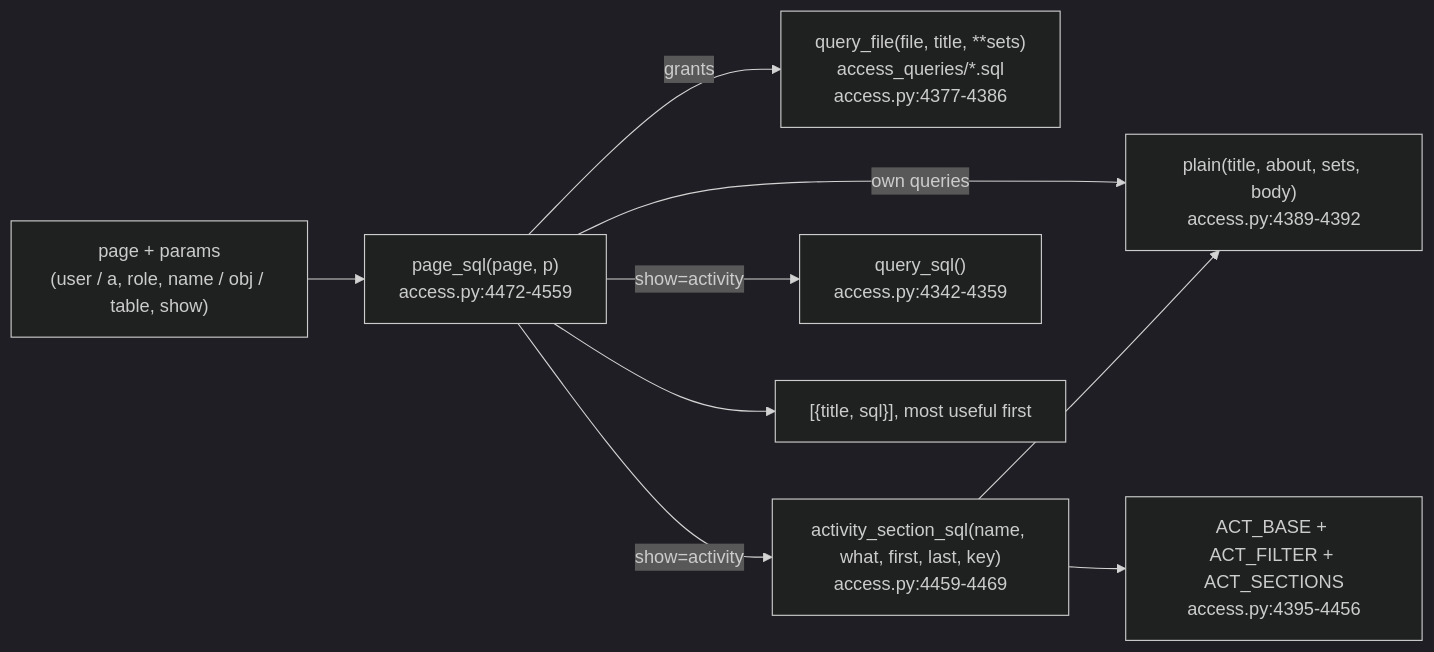
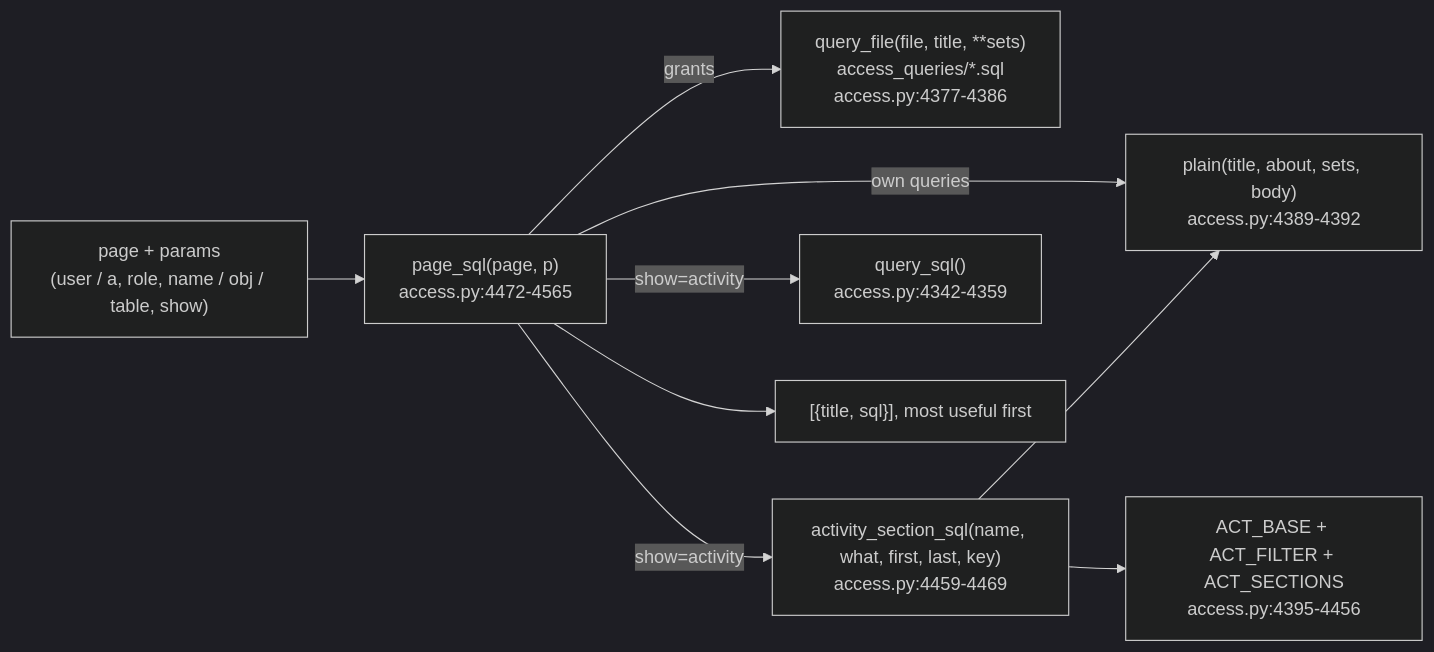
Before and after one commit to darshanmeel/snowflake-access-explorer: the diagram in snowflake-access-explorer-knowledge-graph/logic/page-sql.md, drawn with Mermaid (dark theme). The commit also changed other lines of this file and 42 other files, not shown here.

Commit message:
Docs and knowledge graph for the </> mark on every card and page SQL for every name

````diff
--- a/snowflake-access-explorer-knowledge-graph/logic/page-sql.md
+++ b/snowflake-access-explorer-knowledge-graph/logic/page-sql.md
@@ -6,11 +6,11 @@
 ```mermaid
 flowchart LR
-  P["page + params<br/>(user / a, role, name / obj / table, show)"] --> PS["page_sql(page, p)<br/>access.py:4472-4559"]
+  P["page + params<br/>(user / a, role, name / obj / table, show)"] --> PS["page_sql(page, p)<br/>access.py:4472-4565"]
   PS -->|grants| QF["query_file(file, title, **sets)<br/>access_queries/*.sql<br/>access.py:4377-4386"]
   PS -->|own queries| PL["plain(title, about, sets, body)<br/>access.py:4389-4392"]
   PS -->|show=activity| AS["activity_section_sql(name, what, first, last, key)<br/>access.py:4459-4469"]
   AS --> PL
   AS --> AB["ACT_BASE + ACT_FILTER + ACT_SECTIONS<br/>access.py:4395-4456"]
   PS -->|show=activity| QS["query_sql()<br/>access.py:4342-4359"]
   PS --> OUT["[{title, sql}], most useful first"]
 ```
````
